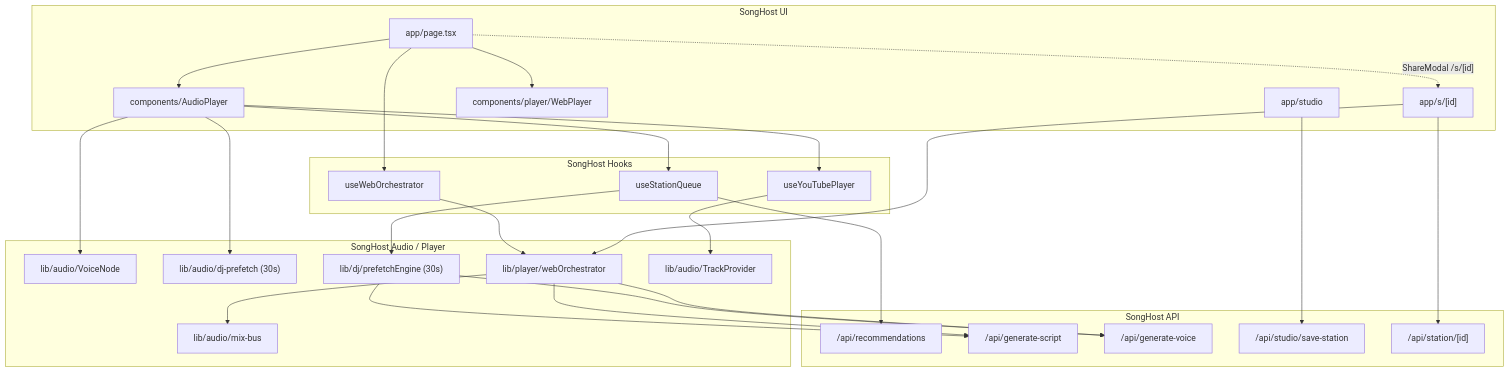
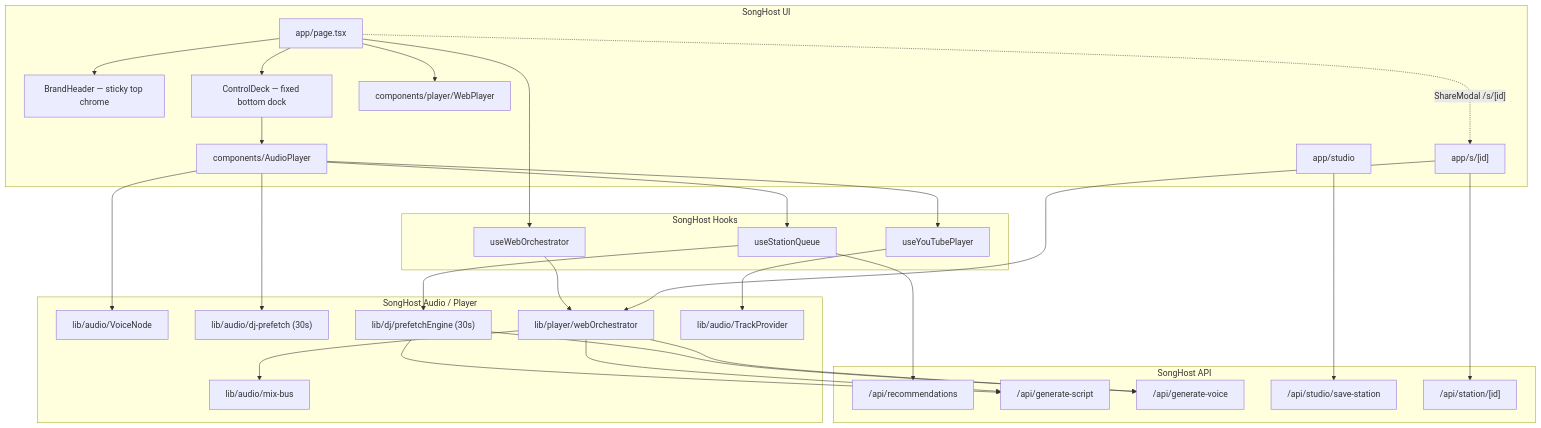
One commit to SongGhost/SongGhost changed the diagram in docs/ARCHITECTURE.md. Above: the diagram before and after it, drawn with Mermaid. The commit also changed other lines of this file and 8 other files, not shown here.

Commit message:
refactor(ui): pin transport dock to bottom, consolidate host studio drawer, and simplify search bar

````diff
--- a/docs/ARCHITECTURE.md
+++ b/docs/ARCHITECTURE.md
@@ -27,54 +27,58 @@
 ```mermaid
 flowchart TB
   subgraph UI["SongHost UI"]
     Home["app/page.tsx"]
+    BrandHeader["BrandHeader — sticky top chrome"]
+    ControlDeck["ControlDeck — fixed bottom dock"]
     Studio["app/studio"]
     Share["app/s/[id]"]
     WebPlayer["components/player/WebPlayer"]
     AudioPlayer["components/AudioPlayer"]
   end
 
   subgraph Hooks["SongHost Hooks"]
     Queue["useStationQueue"]
     YT["useYouTubePlayer"]
     WO["useWebOrchestrator"]
   end
 
   subgraph Engine["SongHost Audio / Player"]
     Mix["lib/audio/mix-bus"]
     Voice["lib/audio/VoiceNode"]
     Prefetch["lib/audio/dj-prefetch (30s)"]
     Prefetch30["lib/dj/prefetchEngine (30s)"]
     Orch["lib/player/webOrchestrator"]
     TP["lib/audio/TrackProvider"]
   end
 
   subgraph API["SongHost API"]
     Rec["/api/recommendations"]
     Script["/api/generate-script"]
     VoiceApi["/api/generate-voice"]
     Save["/api/studio/save-station"]
     PublicStation["/api/station/[id]"]
   end
 
-  Home --> AudioPlayer
+  Home --> BrandHeader
+  Home --> ControlDeck
+  ControlDeck --> AudioPlayer
   Home --> WebPlayer
   Home --> WO
   AudioPlayer --> Queue
   AudioPlayer --> YT
   AudioPlayer --> Voice
   AudioPlayer --> Prefetch
   Queue --> Prefetch30
   Prefetch30 --> Script
   Prefetch30 --> VoiceApi
   WO --> Orch
   Orch --> Mix
   YT --> TP
   Orch --> Script
   Orch --> VoiceApi
   Queue --> Rec
   Studio --> Save
   Share --> PublicStation
   Share --> Orch
   Home -.->|"ShareModal /s/[id]"| Share
 ```
````
